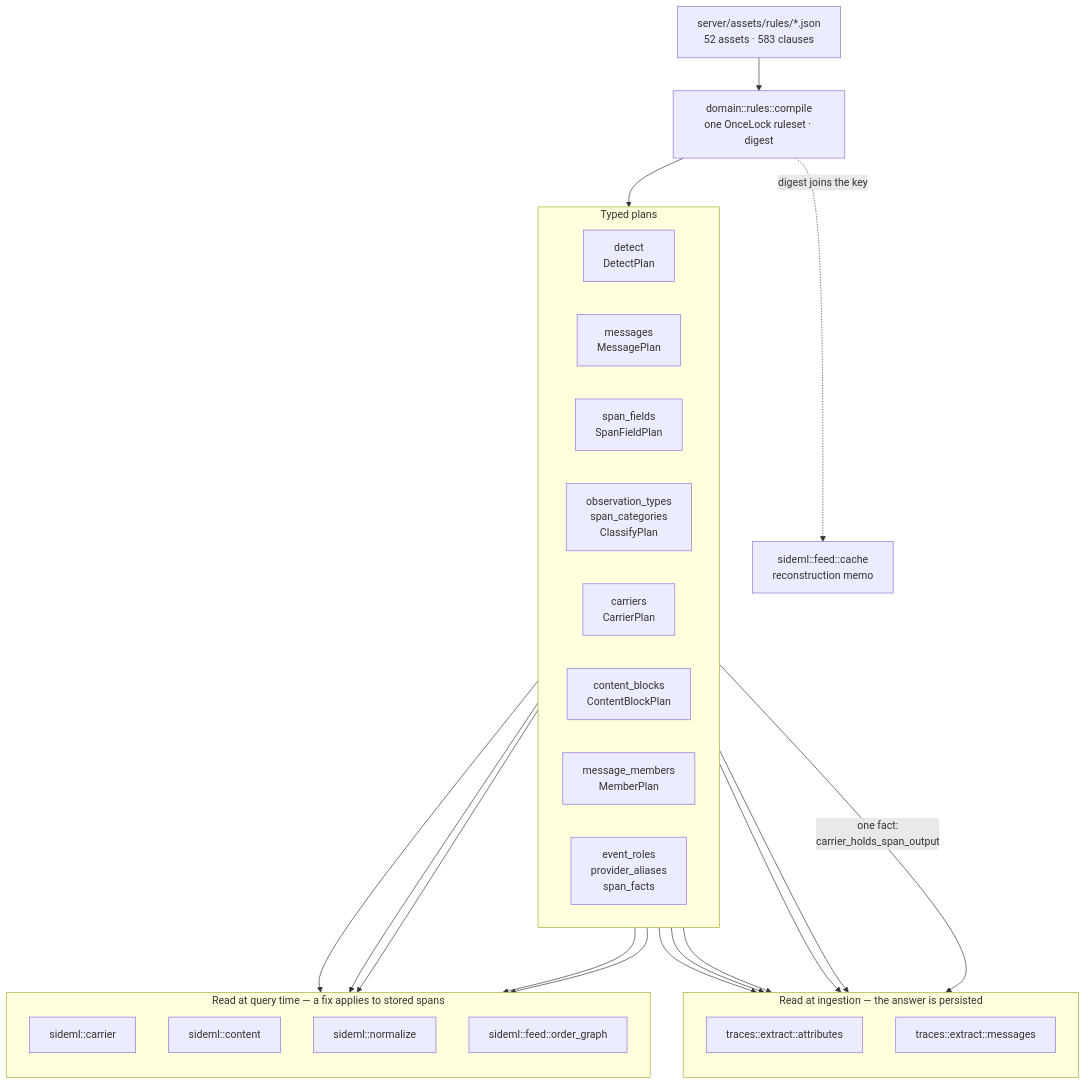
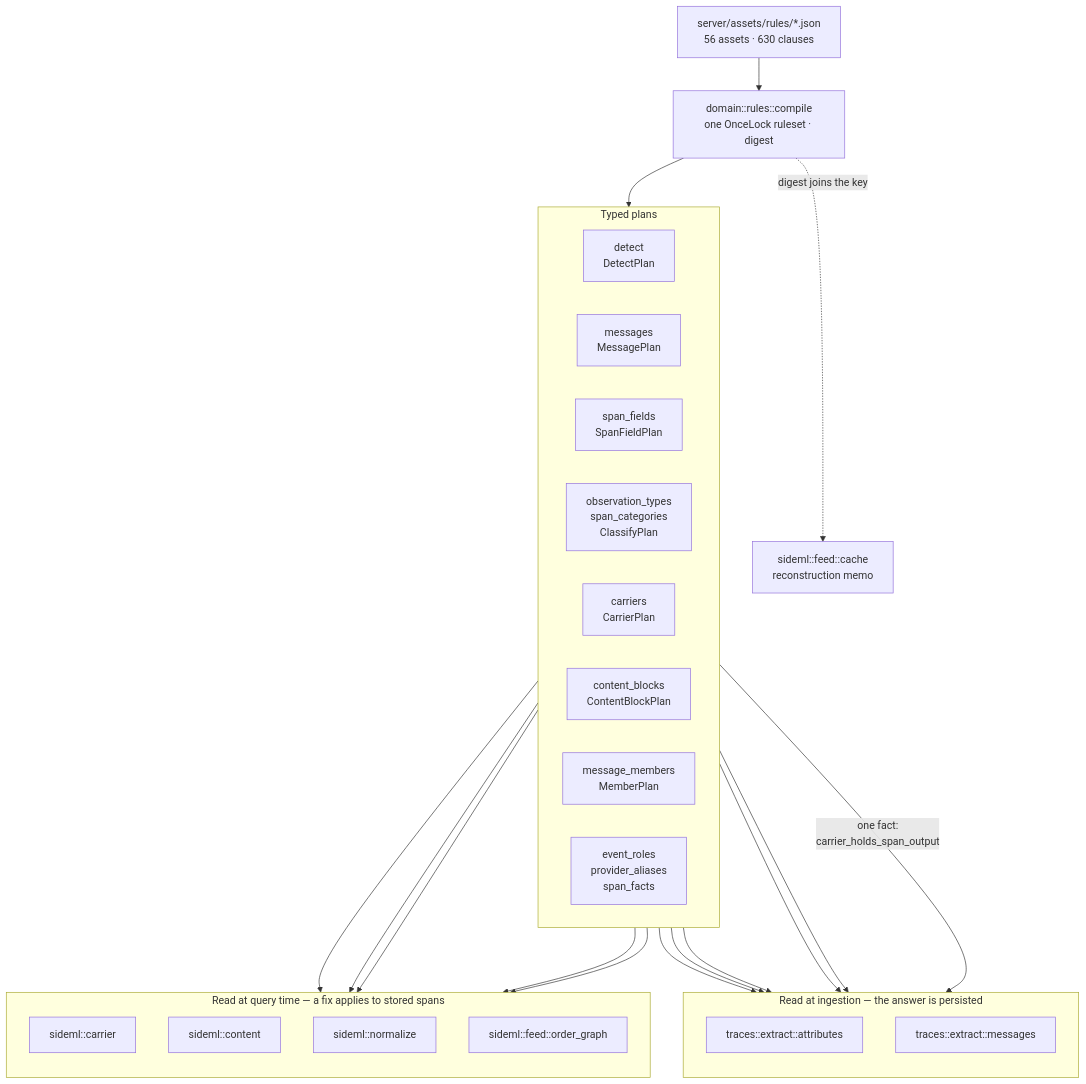
Before and after one commit to sideseat/sideseat: the first of 7 diagrams in docs/engineering/architecture-diagrams.md, drawn with Mermaid. The commit also changed 34 other files, not shown here.

````diff
--- a/docs/engineering/architecture-diagrams.md
+++ b/docs/engineering/architecture-diagrams.md
@@ -18,47 +18,47 @@
 ```mermaid
 flowchart TB
-    assets["server/assets/rules/*.json<br/>52 assets · 583 clauses"]
+    assets["server/assets/rules/*.json<br/>56 assets · 630 clauses"]
     compile["domain::rules::compile<br/>one OnceLock ruleset · digest"]
     assets --> compile
 
     subgraph plans["Typed plans"]
         direction LR
         detect["detect<br/>DetectPlan"]
         messages["messages<br/>MessagePlan"]
         fields["span_fields<br/>SpanFieldPlan"]
         classify["observation_types<br/>span_categories<br/>ClassifyPlan"]
         carriers["carriers<br/>CarrierPlan"]
         blocks["content_blocks<br/>ContentBlockPlan"]
         members["message_members<br/>MemberPlan"]
         roles["event_roles<br/>provider_aliases<br/>span_facts"]
     end
     compile --> plans
 
     subgraph ingest["Read at ingestion — the answer is persisted"]
         direction TB
         attrs["traces::extract::attributes"]
         msgs["traces::extract::messages"]
     end
 
     subgraph query["Read at query time — a fix applies to stored spans"]
         direction TB
         carrier["sideml::carrier"]
         content["sideml::content"]
         normalize["sideml::normalize"]
         order["sideml::feed::order_graph"]
     end
 
     detect --> attrs
     fields --> attrs
     classify --> attrs
     roles --> attrs
     messages --> msgs
     carriers -->|"one fact:<br/>carrier_holds_span_output"| msgs
     carriers --> carrier
     carriers --> order
     blocks --> content
     members --> content
     roles --> normalize
 
     compile -. "digest joins the key" .-> cache["sideml::feed::cache<br/>reconstruction memo"]
 ```
````
